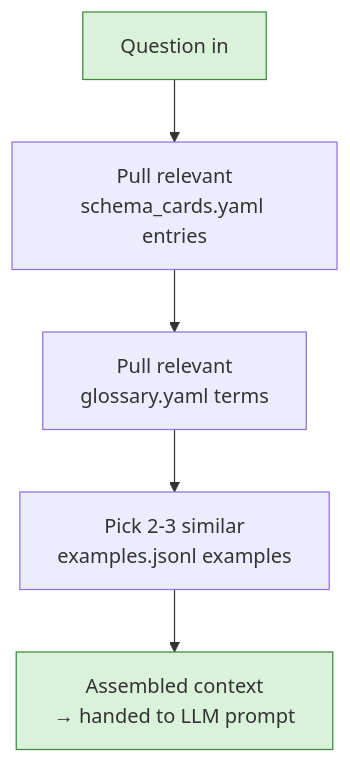
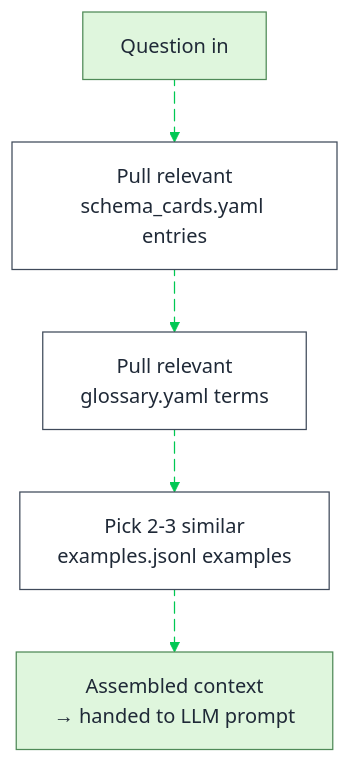
The second of 10 diagrams in Flowcharts_Mermaid_Source.md (Yuvrajtakk/logistics_chatbot), drawn with Mermaid before and after one commit. The commit also changed other lines of this file and 2 other files, not shown here.

````diff
--- a/Flowcharts_Mermaid_Source.md
+++ b/Flowcharts_Mermaid_Source.md
@@ -32,11 +51,26 @@
 ```mermaid
 flowchart TD
     In["Question in"]:::good
     A["Pull relevant<br/>schema_cards.yaml entries"]
     B["Pull relevant<br/>glossary.yaml terms"]
     C["Pick 2-3 similar<br/>examples.jsonl examples"]
     Out["Assembled context<br/>→ handed to LLM prompt"]:::good
 
-    In --> A --> B --> C --> Out
-    classDef good fill:#D9F2D9,stroke:#3C8A3C
+    In L_In_A_0@--> A
+    A L_A_B_0@--> B
+    B L_B_C_0@--> C
+    C L_C_Out_0@--> Out
+
+    classDef default fill:#FFFFFF,stroke:#3F4A5A,color:#1F2937
+    classDef good fill:#DFF6DD,stroke:#4F8A57,color:#1F2937
+
+    linkStyle 0 stroke:#00C853,fill:none
+    linkStyle 1 stroke:#00C853,fill:none
+    linkStyle 2 stroke:#00C853,fill:none
+    linkStyle 3 stroke:#00C853,fill:none
+
+    L_In_A_0@{ animation: slow }
+    L_A_B_0@{ animation: slow }
+    L_B_C_0@{ animation: slow }
+    L_C_Out_0@{ animation: slow }
 ```
````
